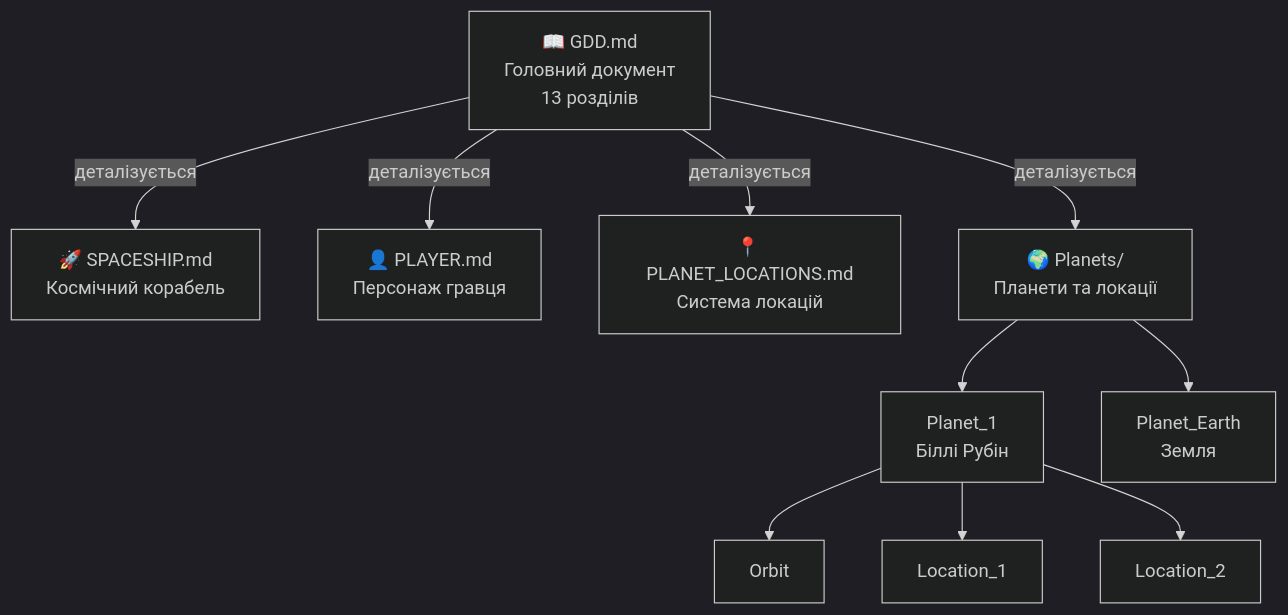
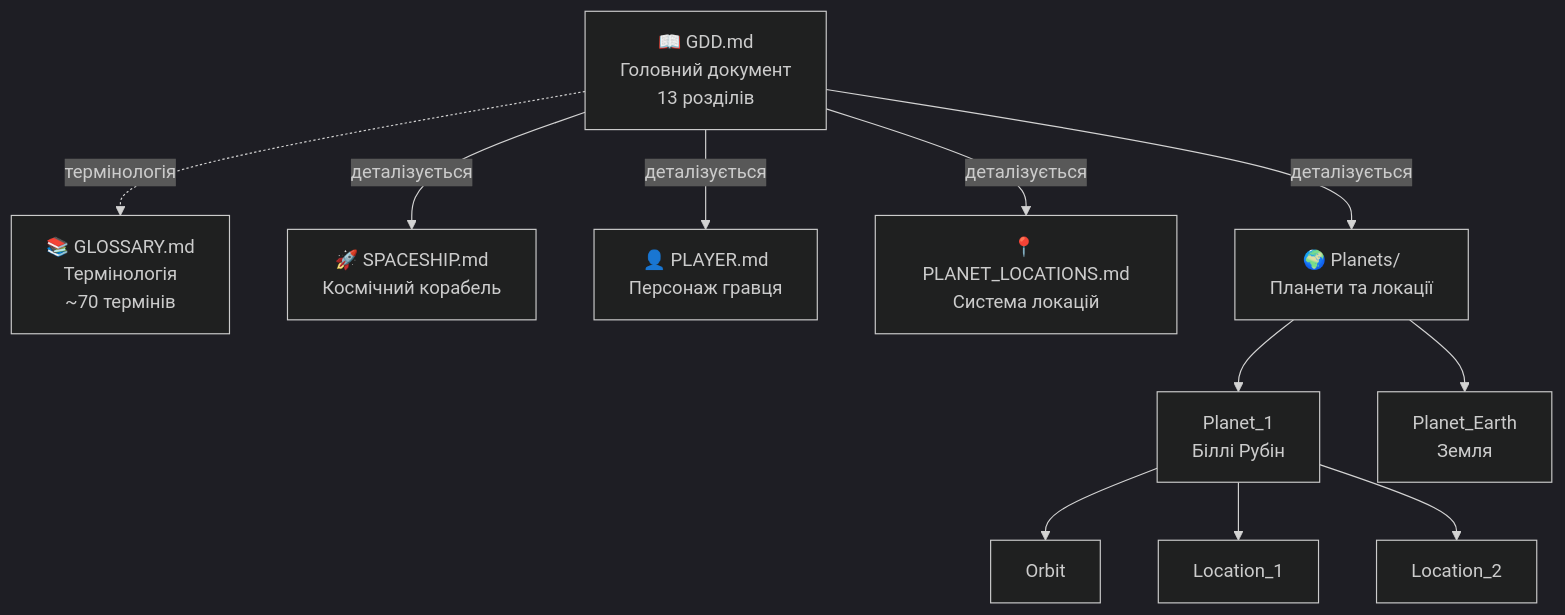
Before and after one commit to nick-fedchik/CallOfRelics: the diagram in Docs/GameDesign/README.md, drawn with Mermaid (dark theme). The commit also changed other lines of this file and 4 other files, not shown here.

````diff
--- a/Docs/GameDesign/README.md
+++ b/Docs/GameDesign/README.md
@@ -204,15 +223,17 @@
 ```mermaid
 flowchart TB
     GDD[📖 GDD.md<br/>Головний документ<br/>13 розділів]
+    GLOSS[📚 GLOSSARY.md<br/>Термінологія<br/>~70 термінів]
     GDD -->|деталізується| SHIP[🚀 SPACESHIP.md<br/>Космічний корабель]
     GDD -->|деталізується| PLAYER[👤 PLAYER.md<br/>Персонаж гравця]
     GDD -->|деталізується| LOCS[📍 PLANET_LOCATIONS.md<br/>Система локацій]
     GDD -->|деталізується| PLANETS[🌍 Planets/<br/>Планети та локації]
+    GDD -.->|термінологія| GLOSS
 
     PLANETS --> P1[Planet_1<br/>Біллі Рубін]
     PLANETS --> PE[Planet_Earth<br/>Земля]
 
     P1 --> ORBIT[Orbit]
     P1 --> LOC1[Location_1]
     P1 --> LOC2[Location_2]
 ```
````
